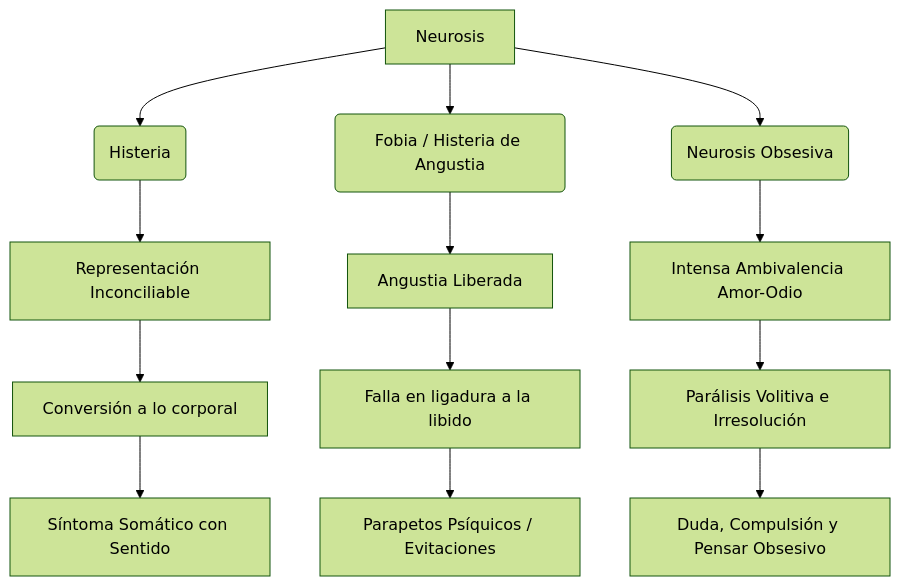
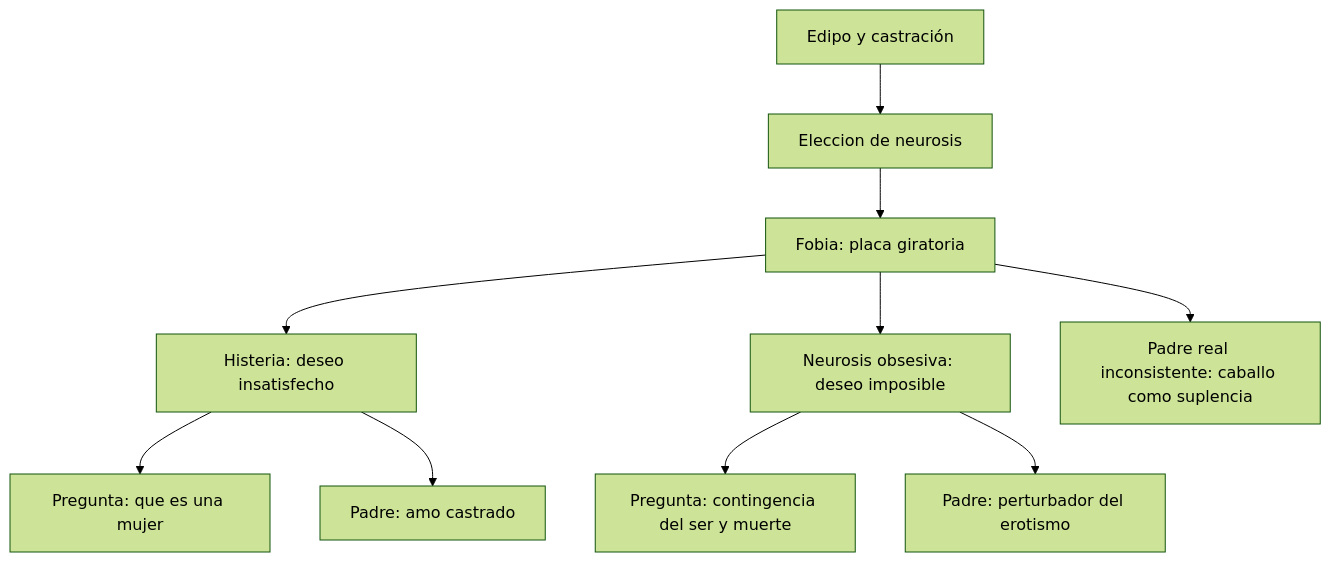
The diagram in 2do Año/Psicoanálisis/3_Guias_de_Estudio/C15_FobiaHisteriaYNeurosisObsesiva_Guia.md (Franco4447/psicologia-favaloro), drawn with Mermaid (forest theme) before and after one commit. The commit also changed other lines of this file and 45 other files, not shown here.

````diff
--- a/2do Año/Psicoanálisis/3_Guias_de_Estudio/C15_FobiaHisteriaYNeurosisObsesiva_Guia.md
+++ b/2do Año/Psicoanálisis/3_Guias_de_Estudio/C15_FobiaHisteriaYNeurosisObsesiva_Guia.md
@@ -56,18 +199,12 @@
 ```mermaid
 graph TD
-    A[Neurosis] --> B(Histeria)
-    A --> C(Fobia / Histeria de Angustia)
-    A --> D(Neurosis Obsesiva)
-    
-    B --> B1[Representación Inconciliable]
-    B1 --> B2[Conversión a lo corporal]
-    B2 --> B3[Síntoma Somático con Sentido]
-    
-    C --> C1[Angustia Liberada]
-    C1 --> C2[Falla en ligadura a la libido]
-    C2 --> C3[Parapetos Psíquicos / Evitaciones]
-    
-    D --> D1[Intensa Ambivalencia Amor-Odio]
-    D1 --> D2[Parálisis Volitiva e Irresolución]
-    D2 --> D3[Duda, Compulsión y Pensar Obsesivo]
+    A[Edipo y castración] --> B[Eleccion de neurosis]
+    B --> C[Fobia: placa giratoria]
+    C --> D[Histeria: deseo insatisfecho]
+    C --> E[Neurosis obsesiva: deseo imposible]
+    D --> F[Pregunta: que es una mujer]
+    E --> G[Pregunta: contingencia del ser y muerte]
+    D --> H[Padre: amo castrado]
+    E --> I[Padre: perturbador del erotismo]
+    C --> J[Padre real inconsistente: caballo como suplencia]
 ```
````
